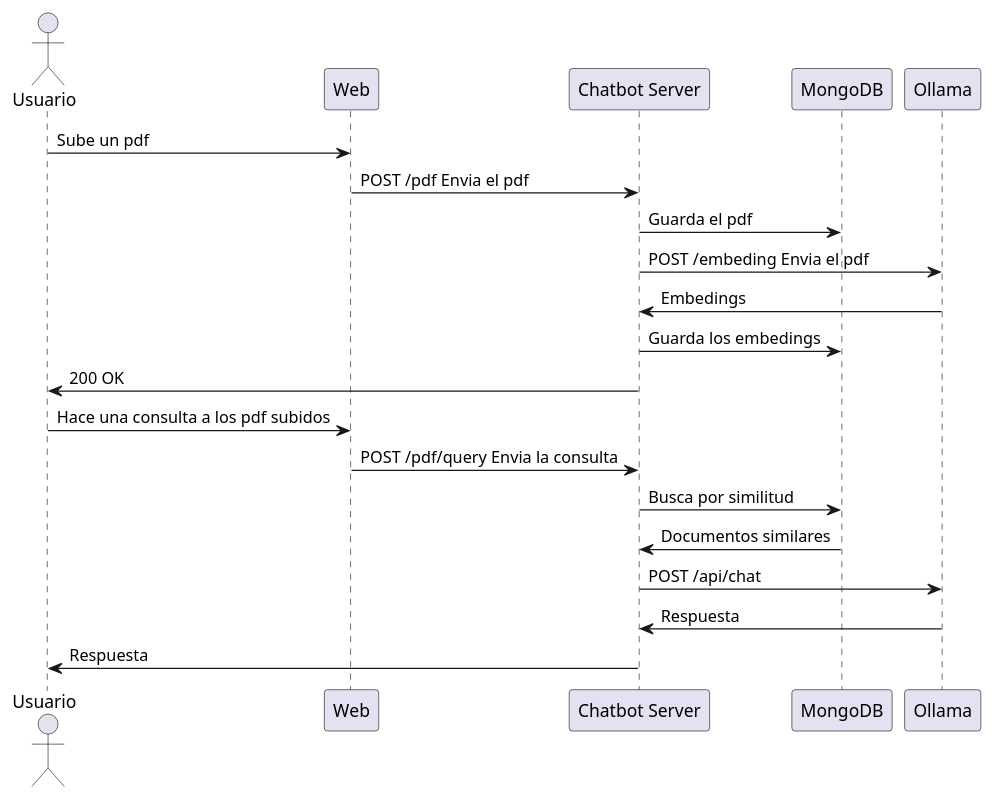
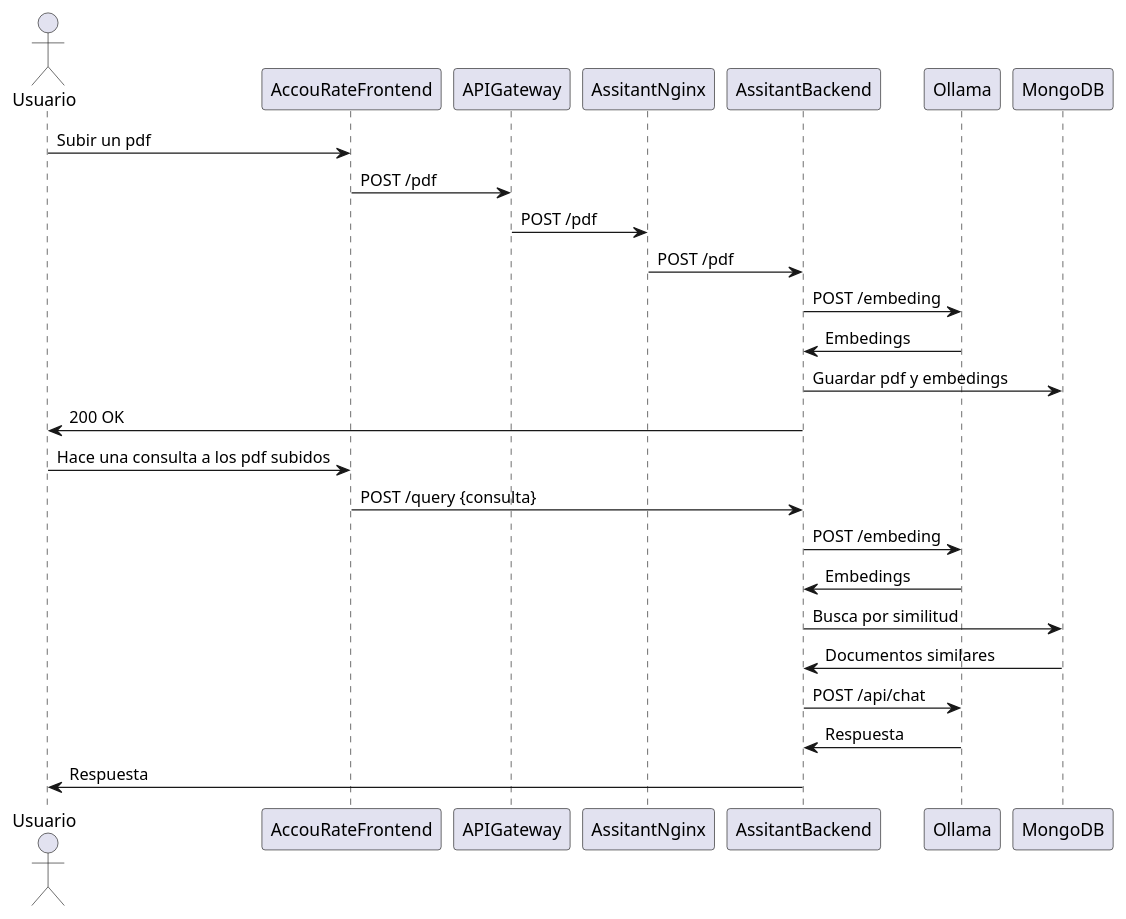
The diagram in DiagramaSecuenciaChatbot.puml (Haopeng138/UML), drawn with PlantUML before and after one commit. The commit also changed 5 other files, not shown here.

Commit message:
feat: Agregar diagramas

```diff
--- a/DiagramaSecuenciaChatbot.puml
+++ b/DiagramaSecuenciaChatbot.puml
@@ -1,26 +1,31 @@
 @startuml "Diagrama de secuencia de Chatbot"
 
 actor "Usuario" as Usuario
-participant "Web" as web
-participant "Chatbot Server" as Chatbot
+participant "AccouRateFrontend" as web
+participant "APIGateway" as APIGateway
+participant "AssitantNginx" as Nginx
+participant "AssitantBackend" as Chatbot
+participant "Ollama" as Ollama
 participant "MongoDB" as MongoDB
-participant "Ollama" as Ollama
 
-Usuario -> web: Sube un pdf
-web -> Chatbot: POST /pdf Envia el pdf
-Chatbot -> MongoDB: Guarda el pdf
-Chatbot -> Ollama: POST /embeding Envia el pdf
+
+Usuario -> web: Subir un pdf
+web -> APIGateway: POST /pdf
+APIGateway -> Nginx: POST /pdf
+Nginx -> Chatbot: POST /pdf
+Chatbot -> Ollama: POST /embeding
 Ollama -> Chatbot: Embedings
-Chatbot -> MongoDB: Guarda los embedings
+Chatbot -> MongoDB: Guardar pdf y embedings
 Chatbot -> Usuario: 200 OK
 
 Usuario -> web: Hace una consulta a los pdf subidos
-web -> Chatbot: POST /pdf/query Envia la consulta
+web -> Chatbot: POST /query {consulta}
+Chatbot -> Ollama: POST /embeding
+Ollama -> Chatbot: Embedings
 Chatbot -> MongoDB: Busca por similitud
 MongoDB -> Chatbot: Documentos similares
 Chatbot -> Ollama: POST /api/chat
 Ollama -> Chatbot: Respuesta
 Chatbot -> Usuario: Respuesta
 
-
 @enduml
```
